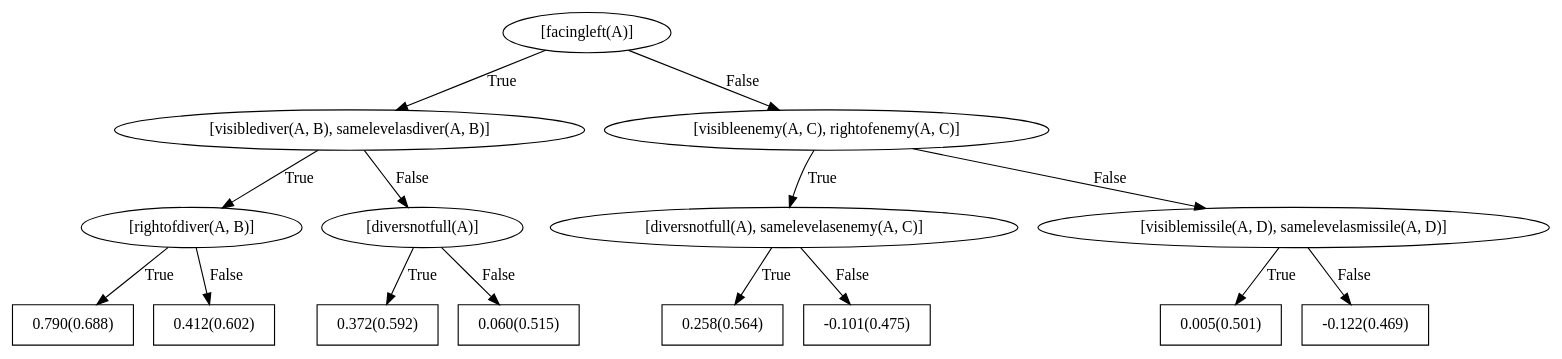
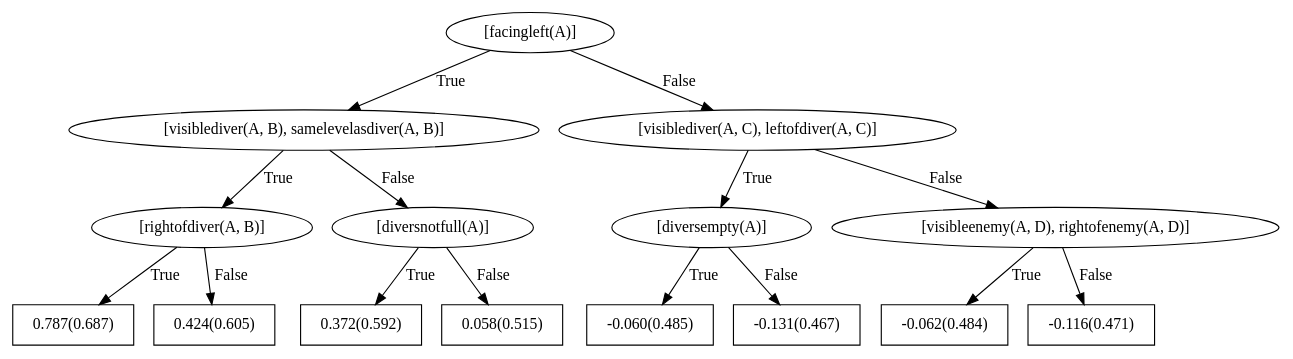
One commit to nikhileshp/NeSY-Imitation-Learning changed the diagram in rdn_models/seaquest/unweighted_negpos_2_trees_1_depth_2/left/bRDNs/dotFiles/WILLTreeFor_left0.dot. Above: the diagram before and after it, drawn with Graphviz. The commit also changed 1447 other files, not shown here.

```diff
--- a/rdn_models/seaquest/unweighted_negpos_2_trees_1_depth_2/left/bRDNs/dotFiles/WILLTreeFor_left0.dot
+++ b/rdn_models/seaquest/unweighted_negpos_2_trees_1_depth_2/left/bRDNs/dotFiles/WILLTreeFor_left0.dot
@@ -1,31 +1,31 @@
 digraph G{ 
 1[label = "[facingleft(A)]"];
 1 -> 2[label="True"];
 1 -> 3[label="False"];
 2[label = "[visiblediver(A, B), samelevelasdiver(A, B)]"];
 2 -> 4[label="True"];
 2 -> 5[label="False"];
 4[label = "[rightofdiver(A, B)]"];
 4 -> 6[label="True"];
 4 -> 7[label="False"];
-6[shape = box,label = "0.790(0.688)"];
-7[shape = box,label = "0.412(0.602)"];
+6[shape = box,label = "0.787(0.687)"];
+7[shape = box,label = "0.424(0.605)"];
 5[label = "[diversnotfull(A)]"];
 5 -> 8[label="True"];
 5 -> 9[label="False"];
 8[shape = box,label = "0.372(0.592)"];
-9[shape = box,label = "0.060(0.515)"];
-3[label = "[visibleenemy(A, C), rightofenemy(A, C)]"];
+9[shape = box,label = "0.058(0.515)"];
+3[label = "[visiblediver(A, C), leftofdiver(A, C)]"];
 3 -> 10[label="True"];
 3 -> 11[label="False"];
-10[label = "[diversnotfull(A), samelevelasenemy(A, C)]"];
+10[label = "[diversempty(A)]"];
 10 -> 12[label="True"];
 10 -> 13[label="False"];
-12[shape = box,label = "0.258(0.564)"];
-13[shape = box,label = "-0.101(0.475)"];
-11[label = "[visiblemissile(A, D), samelevelasmissile(A, D)]"];
+12[shape = box,label = "-0.060(0.485)"];
+13[shape = box,label = "-0.131(0.467)"];
+11[label = "[visibleenemy(A, D), rightofenemy(A, D)]"];
 11 -> 14[label="True"];
 11 -> 15[label="False"];
-14[shape = box,label = "0.005(0.501)"];
-15[shape = box,label = "-0.122(0.469)"];
+14[shape = box,label = "-0.062(0.484)"];
+15[shape = box,label = "-0.116(0.471)"];
 }
```
